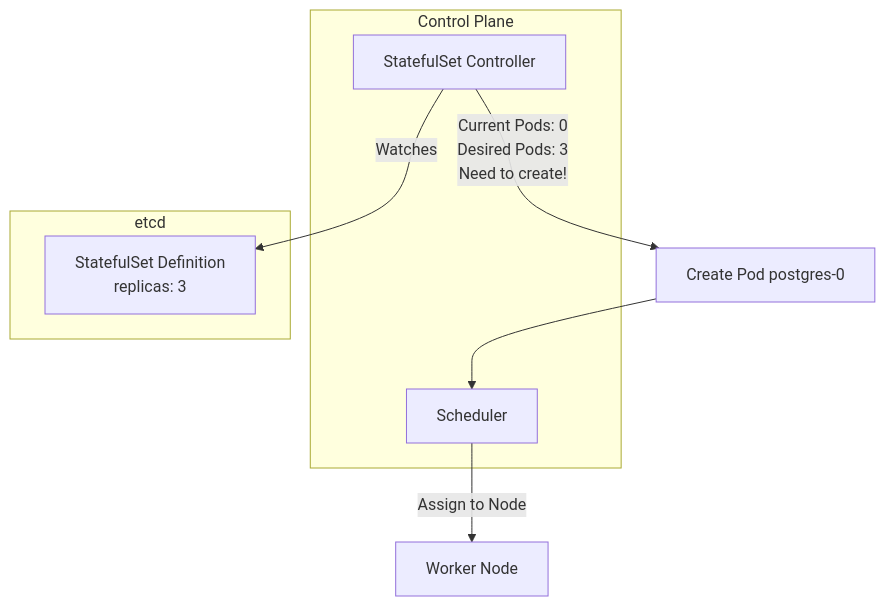
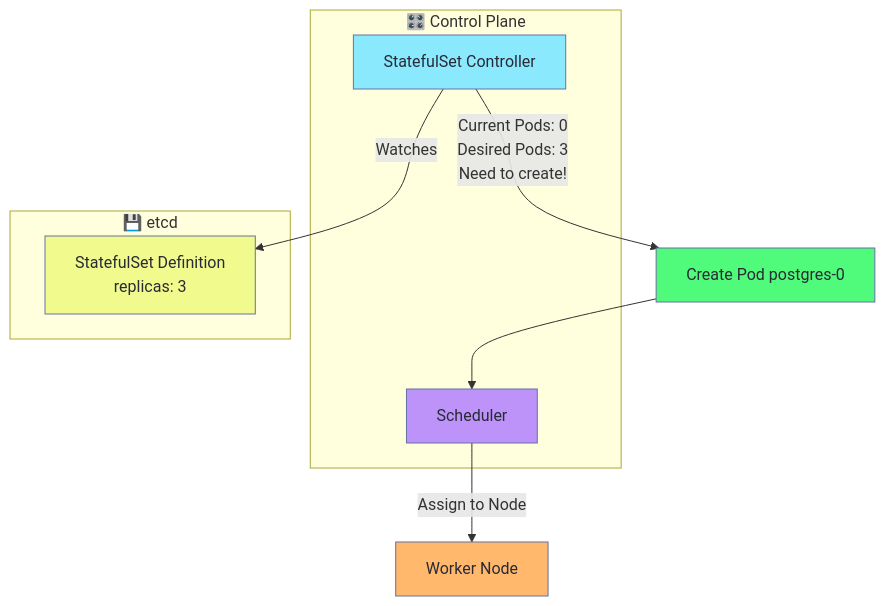
Before and after one commit to selvakumarperumal/k8s_minikube_learn: the third of 17 diagrams in Workload_and_Application_Management/statefulset-postgresql-explained.md, drawn with Mermaid. The commit also changed other lines of this file, not shown here.

Commit message:
Apply Dracula theme colors to all diagrams for consistent visibility in dark mode

````diff
--- a/Workload_and_Application_Management/statefulset-postgresql-explained.md
+++ b/Workload_and_Application_Management/statefulset-postgresql-explained.md
@@ -57,18 +70,24 @@
 ```mermaid
 flowchart TD
-    subgraph Control Plane
+    subgraph CP["🎛️ Control Plane"]
         STS_CTRL[StatefulSet Controller]
         SCHED[Scheduler]
     end
     
-    subgraph etcd
+    subgraph ETCD["💾 etcd"]
         STS_DEF[StatefulSet Definition<br/>replicas: 3]
     end
     
     STS_CTRL -->|Watches| STS_DEF
     STS_CTRL -->|"Current Pods: 0<br/>Desired Pods: 3<br/>Need to create!"| CREATE
     
     CREATE[Create Pod postgres-0]
     CREATE --> SCHED
     SCHED -->|Assign to Node| NODE[Worker Node]
+    
+    style STS_CTRL fill:#8be9fd,stroke:#6272a4,color:#282a36
+    style SCHED fill:#bd93f9,stroke:#6272a4,color:#282a36
+    style STS_DEF fill:#f1fa8c,stroke:#6272a4,color:#282a36
+    style CREATE fill:#50fa7b,stroke:#6272a4,color:#282a36
+    style NODE fill:#ffb86c,stroke:#6272a4,color:#282a36
 ```
````
